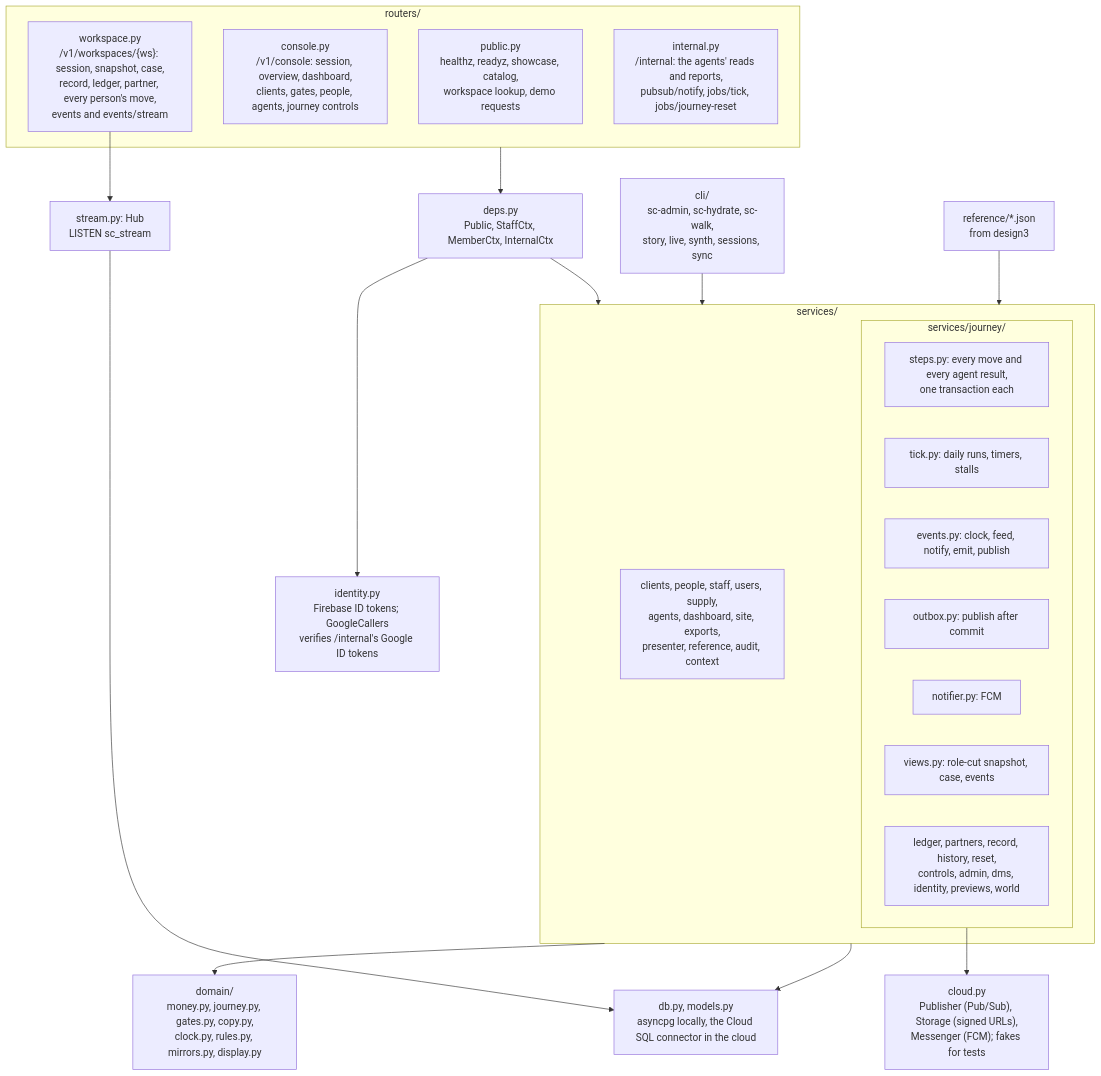
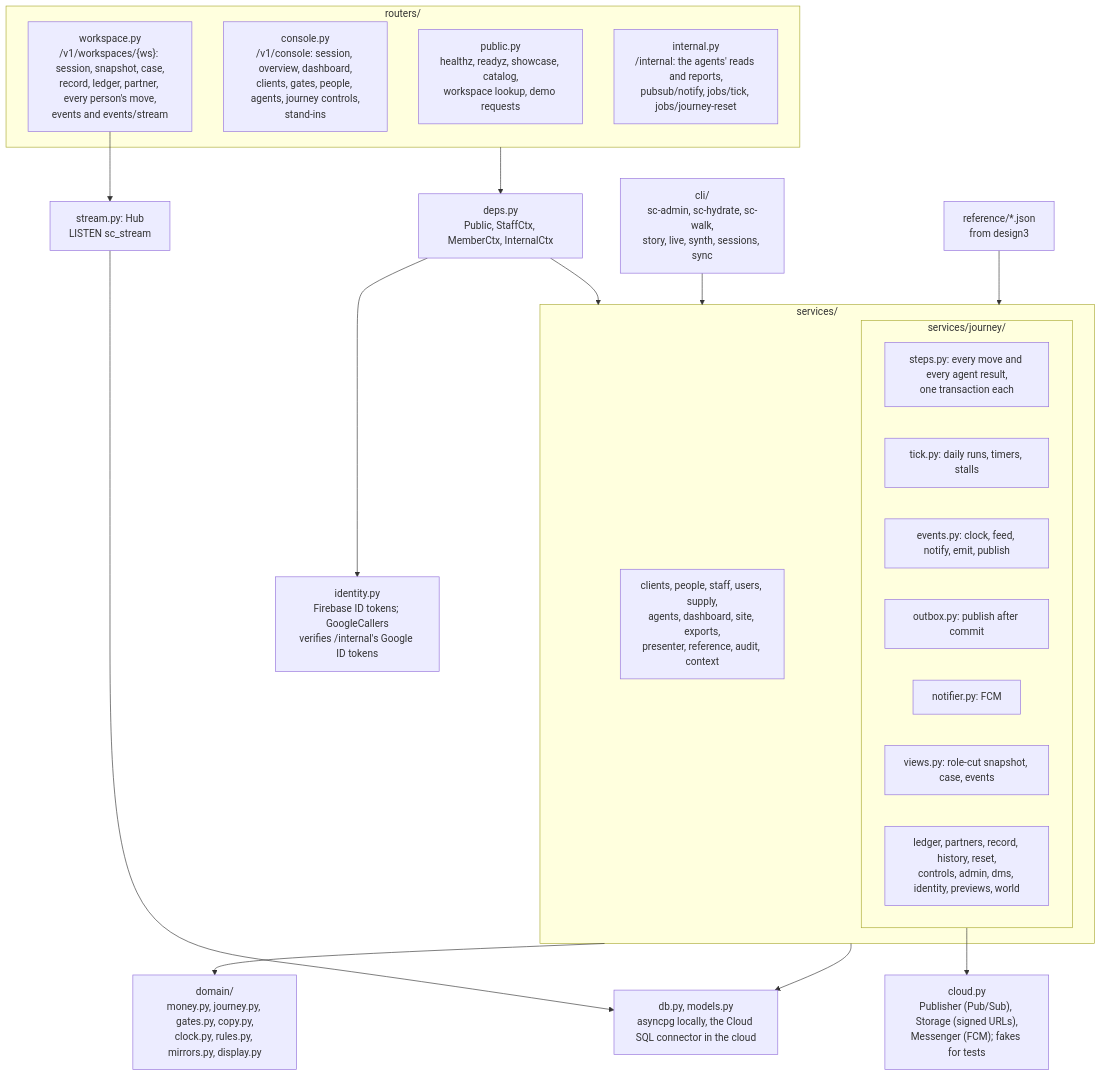
One commit to aibuilder2026/smart-clearance changed the fourth of 11 diagrams in ARCHITECTURE.md. Above: the diagram before and after it, drawn with Mermaid. The commit also changed other lines of this file and 16 other files, not shown here.

````diff
--- a/ARCHITECTURE.md
+++ b/ARCHITECTURE.md
@@ -391,38 +479,38 @@
 ```mermaid
 flowchart TB
   subgraph routers["routers/"]
     pub["public.py<br/>healthz, readyz, showcase, catalog,<br/>workspace lookup, demo requests"]
-    con["console.py<br/>/v1/console: session, overview, dashboard,<br/>clients, gates, people, agents, journey controls"]
+    con["console.py<br/>/v1/console: session, overview, dashboard,<br/>clients, gates, people, agents, journey controls,<br/>stand-ins"]
     ws["workspace.py<br/>/v1/workspaces/{ws}: session, snapshot, case,<br/>record, ledger, partner, every person's move,<br/>events and events/stream"]
     int["internal.py<br/>/internal: the agents' reads and reports,<br/>pubsub/notify, jobs/tick, jobs/journey-reset"]
   end
   deps["deps.py<br/>Public, StaffCtx, MemberCtx, InternalCtx"]
   identity["identity.py<br/>Firebase ID tokens; GoogleCallers<br/>verifies /internal's Google ID tokens"]
   subgraph services["services/"]
     plat["clients, people, staff, users, supply,<br/>agents, dashboard, site, exports,<br/>presenter, reference, audit, context"]
     subgraph journey["services/journey/"]
       steps["steps.py: every move and every agent result,<br/>one transaction each"]
       tick["tick.py: daily runs, timers, stalls"]
       ev["events.py: clock, feed, notify, emit, publish"]
       outbox["outbox.py: publish after commit"]
       notifier["notifier.py: FCM"]
       views["views.py: role-cut snapshot, case, events"]
       more["ledger, partners, record, history, reset,<br/>controls, admin, dms, identity, previews, world"]
     end
   end
   domain["domain/<br/>money.py, journey.py, gates.py, copy.py,<br/>clock.py, rules.py, mirrors.py, display.py"]
   cloud["cloud.py<br/>Publisher (Pub/Sub), Storage (signed URLs),<br/>Messenger (FCM); fakes for tests"]
   stream["stream.py: Hub<br/>LISTEN sc_stream"]
   db["db.py, models.py<br/>asyncpg locally, the Cloud SQL connector in the cloud"]
   cli["cli/<br/>sc-admin, sc-hydrate, sc-walk,<br/>story, live, synth, sessions, sync"]
   ref["reference/*.json<br/>from design3"]
 
   routers --> deps --> services
   deps --> identity
   services --> domain
   services --> db
   journey --> cloud
   ws --> stream --> db
   cli --> services
   ref --> services
 ```
````
